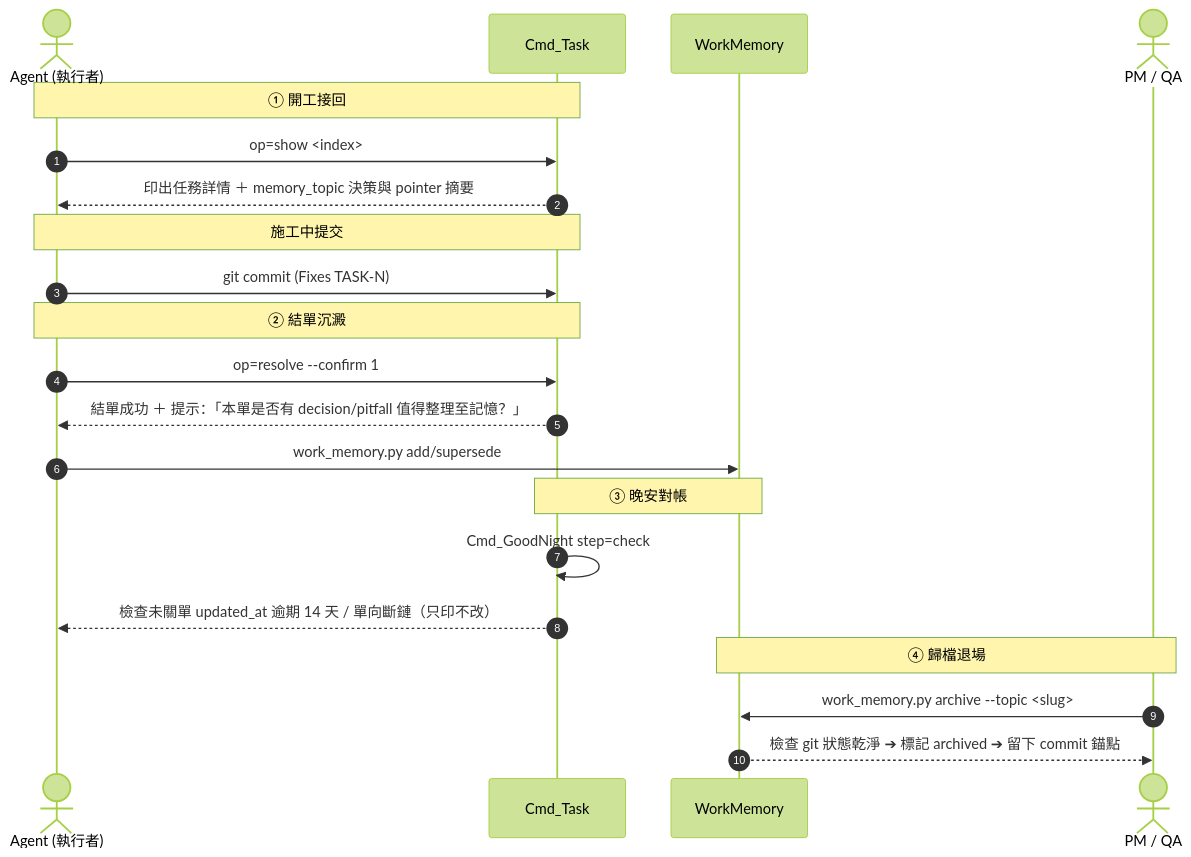
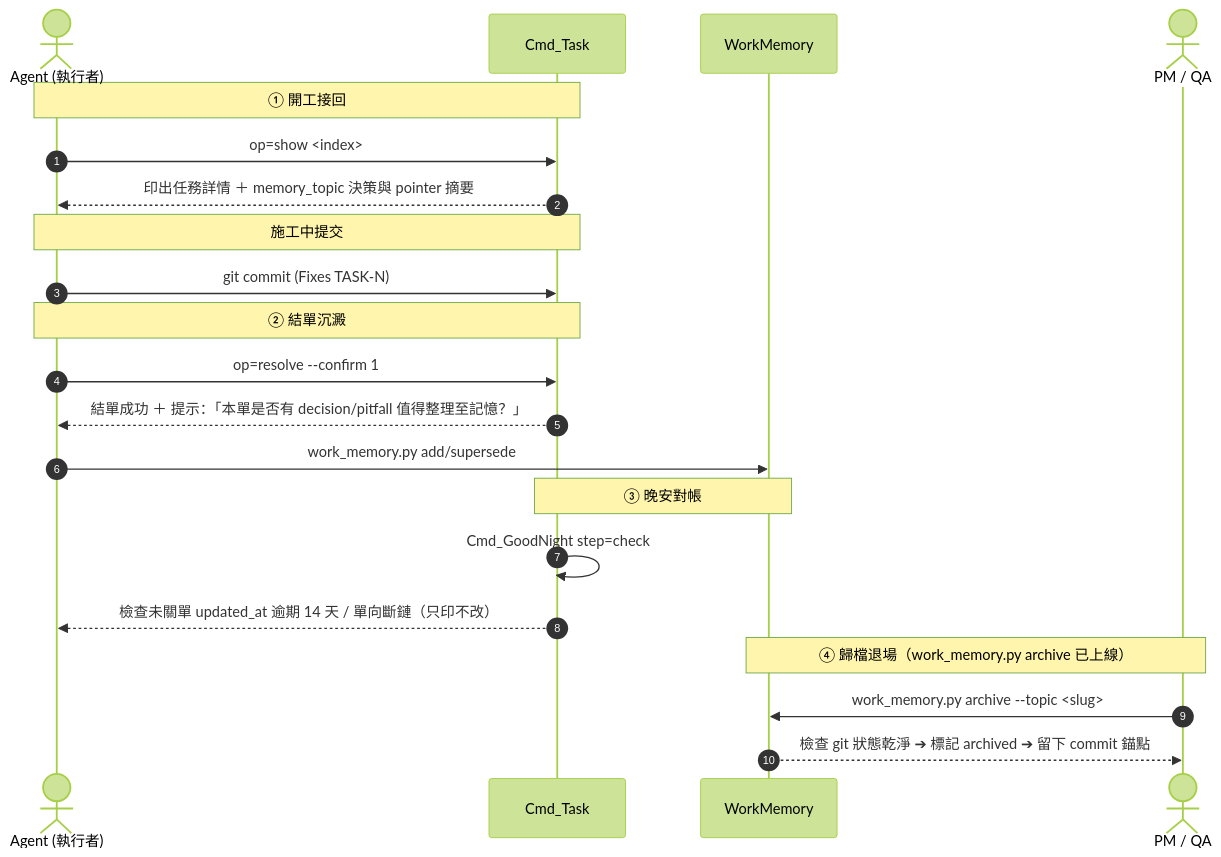
Before and after one commit to tim099/UCL_Core: the second of 2 diagrams in Docs~/zh-Hant/Workflows/Task_Management_Workflow.md, drawn with Mermaid (forest theme). The commit also changed other lines of this file and 2 other files, not shown here.

First line of the commit message:
docs(task): 對齊規格 ＋ QA 驗收退回返工守衛 ＋ op=update 6 欄位 ＋ archive 上線

````diff
--- a/Docs~/zh-Hant/Workflows/Task_Management_Workflow.md
+++ b/Docs~/zh-Hant/Workflows/Task_Management_Workflow.md
@@ -117,28 +119,28 @@
 ```mermaid
 sequenceDiagram
     autonumber
     actor Dev as Agent (執行者)
     participant Task as Cmd_Task
     participant Memory as WorkMemory
     actor PM as PM / QA
 
     Note over Dev, Task: ① 開工接回
     Dev->>Task: op=show <index>
     Task-->>Dev: 印出任務詳情 ＋ memory_topic 決策與 pointer 摘要
     
     Note over Dev, Task: 施工中提交
     Dev->>Task: git commit (Fixes TASK-N)
     
     Note over Dev, Task: ② 結單沉澱
     Dev->>Task: op=resolve --confirm 1
     Task-->>Dev: 結單成功 ＋ 提示：「本單是否有 decision/pitfall 值得整理至記憶？」
     Dev->>Memory: work_memory.py add/supersede
     
     Note over Task, Memory: ③ 晚安對帳
     Task->>Task: Cmd_GoodNight step=check
     Task-->>Dev: 檢查未關單 updated_at 逾期 14 天 / 單向斷鏈（只印不改）
     
-    Note over PM, Memory: ④ 歸檔退場
+    Note over PM, Memory: ④ 歸檔退場（work_memory.py archive 已上線）
     PM->>Memory: work_memory.py archive --topic <slug>
     Memory-->>PM: 檢查 git 狀態乾淨 ➔ 標記 archived ➔ 留下 commit 錨點
 ```
````
